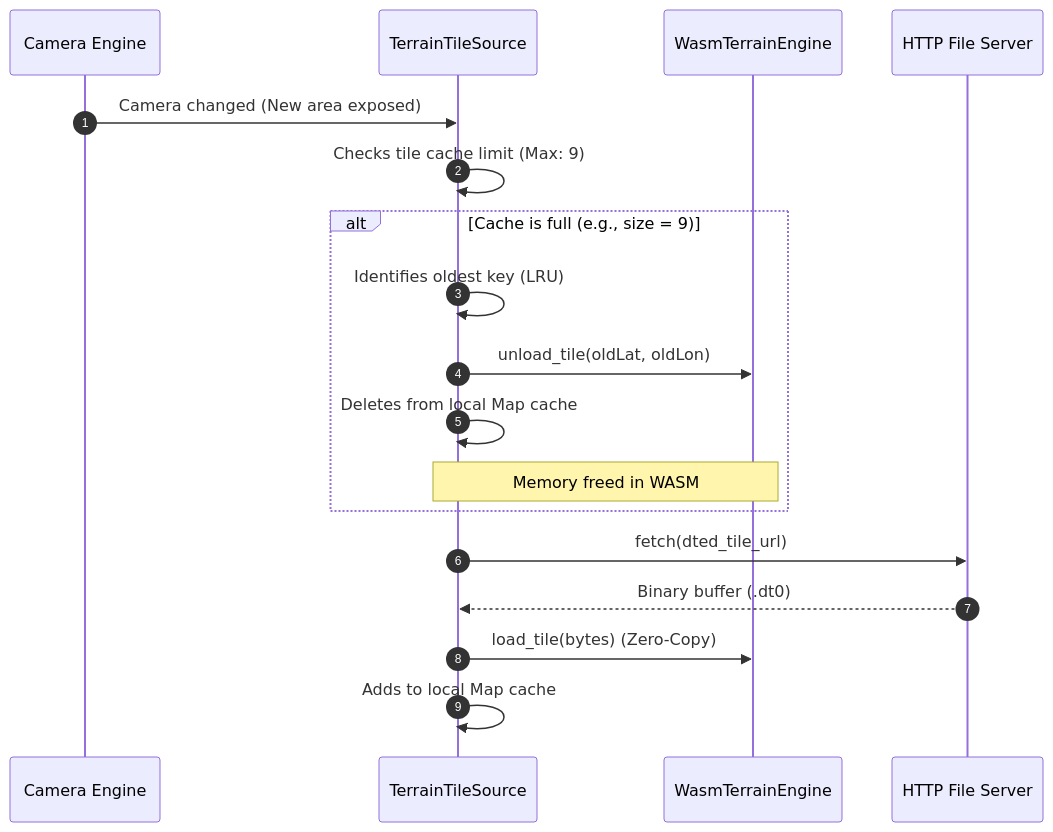
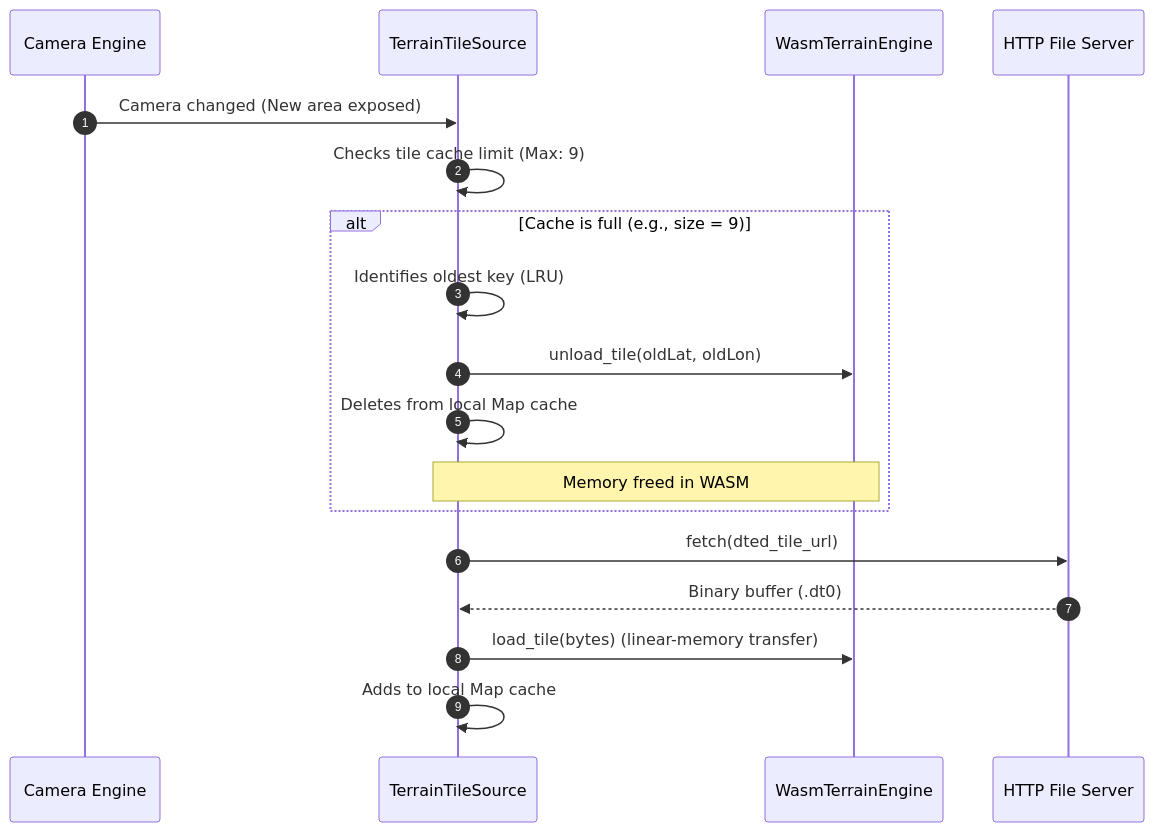
The diagram in docs/sdk/ts/providers/arch.md (rodoni/olayer), drawn with Mermaid before and after one commit. The commit also changed other lines of this file and 15 other files, not shown here.

Commit message:
docs: synchronize current APIs and architecture

````diff
--- a/docs/sdk/ts/providers/arch.md
+++ b/docs/sdk/ts/providers/arch.md
@@ -81,21 +98,21 @@
 ```mermaid
 sequenceDiagram
     autonumber
     participant Camera as Camera Engine
     participant MDS as TerrainTileSource
     participant WASM as WasmTerrainEngine
     participant Network as HTTP File Server
 
     Camera->>MDS: Camera changed (New area exposed)
     MDS->>MDS: Checks tile cache limit (Max: 9)
     alt Cache is full (e.g., size = 9)
         MDS->>MDS: Identifies oldest key (LRU)
         MDS->>WASM: unload_tile(oldLat, oldLon)
         MDS->>MDS: Deletes from local Map cache
         Note over MDS, WASM: Memory freed in WASM
     end
     MDS->>Network: fetch(dted_tile_url)
     Network-->>MDS: Binary buffer (.dt0)
-    MDS->>WASM: load_tile(bytes) (Zero-Copy)
+    MDS->>WASM: load_tile(bytes) (linear-memory transfer)
     MDS->>MDS: Adds to local Map cache
 ```
````
